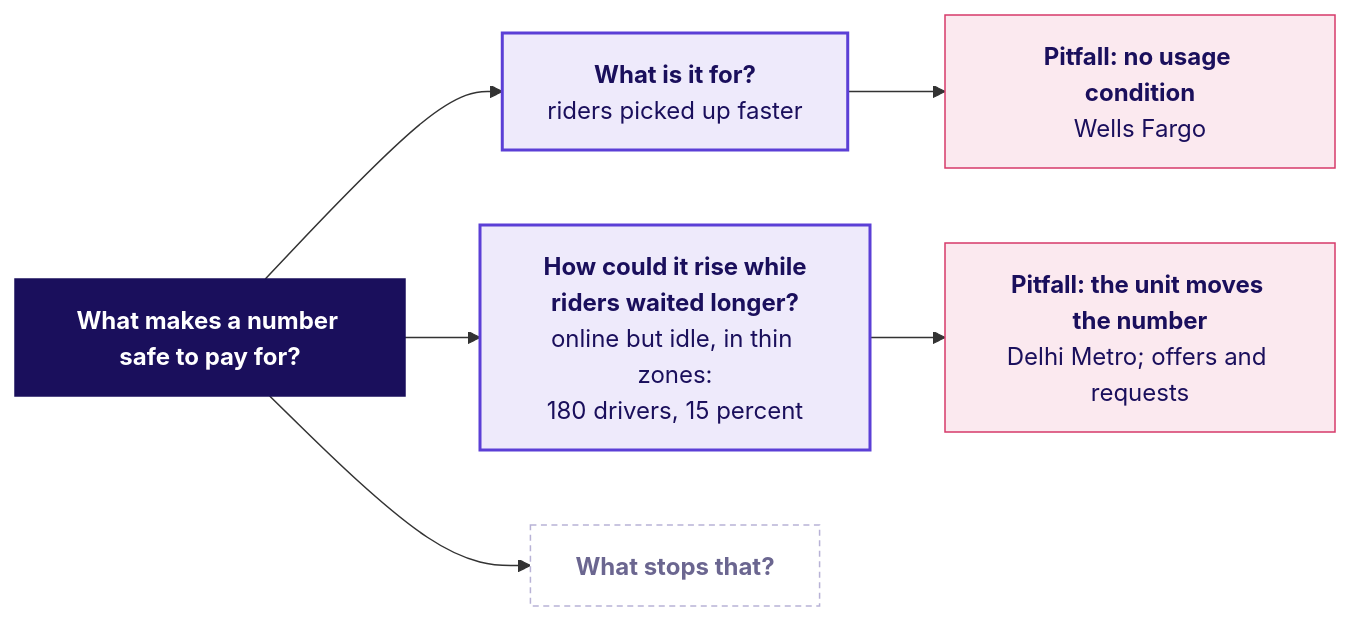
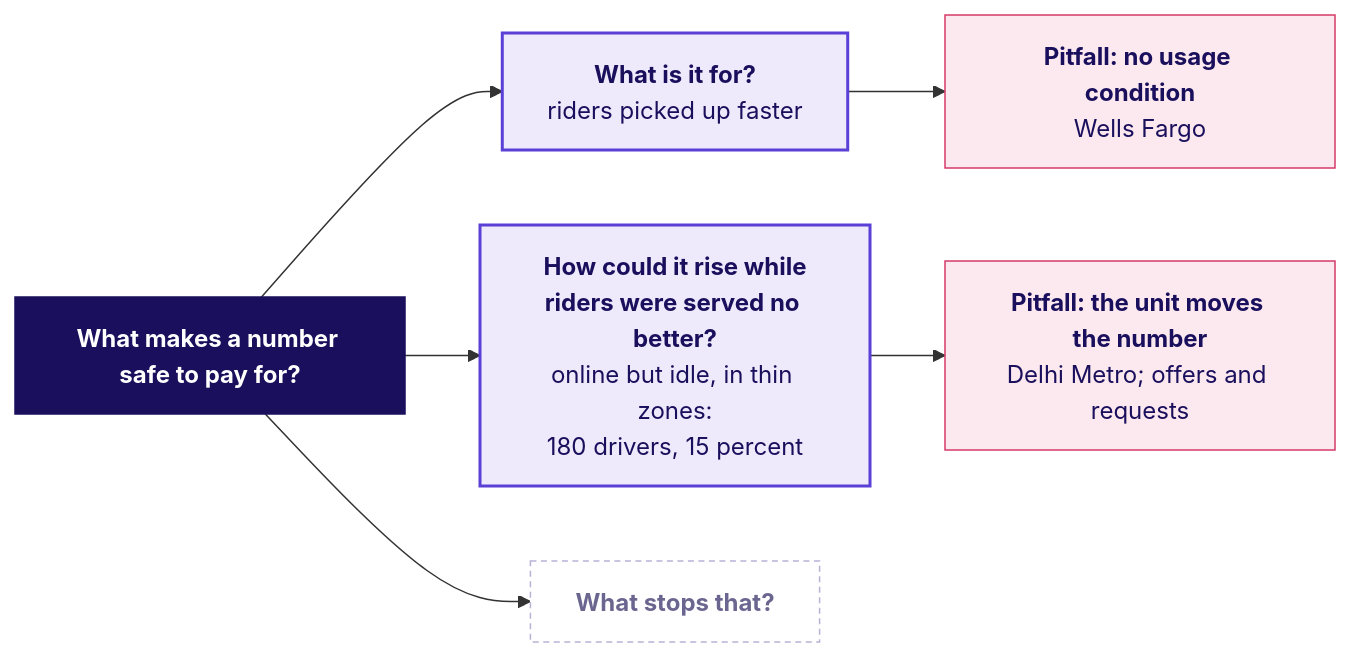
Before and after one commit to fde-academy-lab/c2-content-factory: the seventh of 12 diagrams in content/W04/D1/whiteboards/C2_W04_D01_board_work_STUDENT.md, drawn with Mermaid. The commit also changed other lines of this file and 8 other files, not shown here.

````diff
--- a/content/W04/D1/whiteboards/C2_W04_D01_board_work_STUDENT.md
+++ b/content/W04/D1/whiteboards/C2_W04_D01_board_work_STUDENT.md
@@ -171,22 +171,22 @@
 ```mermaid
 flowchart LR
     Q["<b>What makes a number safe to pay for?</b>"]
     Q1["<b>What is it for?</b><br/>riders picked up faster"]
-    Q2["<b>How could it rise while<br/>riders waited longer?</b><br/>online but idle, in thin zones:<br/>180 drivers, 15 percent"]
+    Q2["<b>How could it rise while<br/>riders were served no better?</b><br/>online but idle, in thin zones:<br/>180 drivers, 15 percent"]
     Q3["<b>What stops that?</b>"]
     P1["<b>Pitfall: no usage condition</b><br/>Wells Fargo"]
     P2["<b>Pitfall: the unit moves the number</b><br/>Delhi Metro; offers and requests"]
     Q --> Q1
     Q --> Q2
     Q --> Q3
     Q1 --> P1
     Q2 --> P2
     classDef lit fill:#1A0F5C,stroke:#1A0F5C,color:#FFFFFF
     classDef known fill:#EEEAFB,stroke:#5B3FD6,color:#1A0F5C,stroke-width:2px
     classDef unknown fill:#FFFFFF,stroke:#B8B2D6,color:#6B6690,stroke-dasharray:4 3
     classDef bad fill:#FBE9EF,stroke:#D63A6A,color:#1A0F5C
     class Q lit
     class Q1,Q2 known
     class Q3 unknown
     class P1,P2 bad
 ```
````
